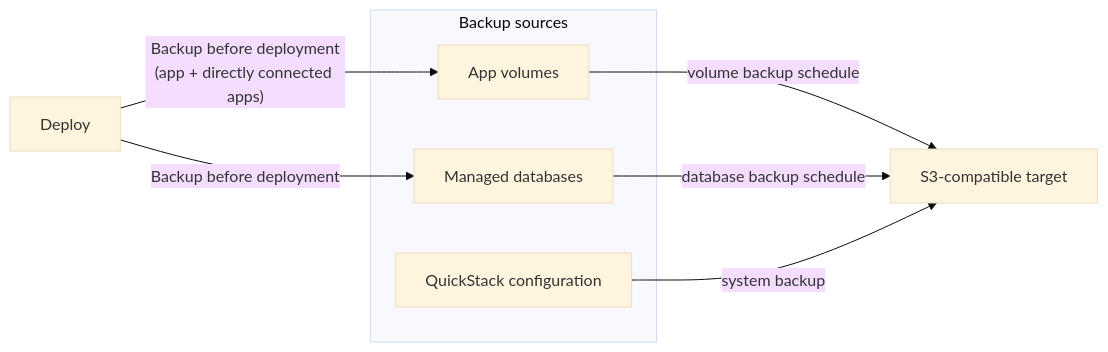
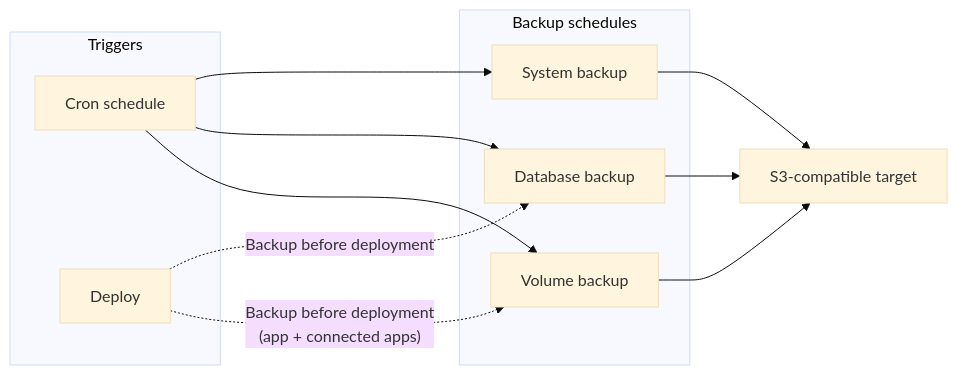
One commit to biersoeckli/QuickStack-Docs changed the diagram in content/docs/how-to/backups/overview.mdx. Above: the diagram before and after it, drawn with Mermaid (base theme). The commit also changed 2 other files, not shown here.

Commit message:
docs: clean up backup triggers diagram, builds and volumes pages

````diff
--- a/content/docs/how-to/backups/overview.mdx
+++ b/content/docs/how-to/backups/overview.mdx
@@ -25,17 +25,26 @@
 ```mermaid
 flowchart LR
-  subgraph sources["Backup sources"]
-    vol["App volumes"]
-    db["Managed databases"]
-    cfg["QuickStack configuration"]
+  subgraph triggers["Triggers"]
+    cron["Cron schedule"]
+    deploy["Deploy"]
+  end
+
+  subgraph backups["Backup schedules"]
+    vol["Volume backup"]
+    db["Database backup"]
+    cfg["System backup"]
   end
 
   s3["S3-compatible target"]
 
-  vol -->|"volume backup schedule"| s3
-  db -->|"database backup schedule"| s3
-  cfg -->|"system backup"| s3
+  cron --> vol
+  cron --> db
+  cron --> cfg
 
-  deploy["Deploy"] -->|"Backup before deployment<br/>(app + directly connected apps)"| vol
-  deploy -->|"Backup before deployment"| db
+  deploy -.->|"Backup before deployment<br/>(app + connected apps)"| vol
+  deploy -.->|"Backup before deployment"| db
+
+  vol --> s3
+  db --> s3
+  cfg --> s3
 ```
````
